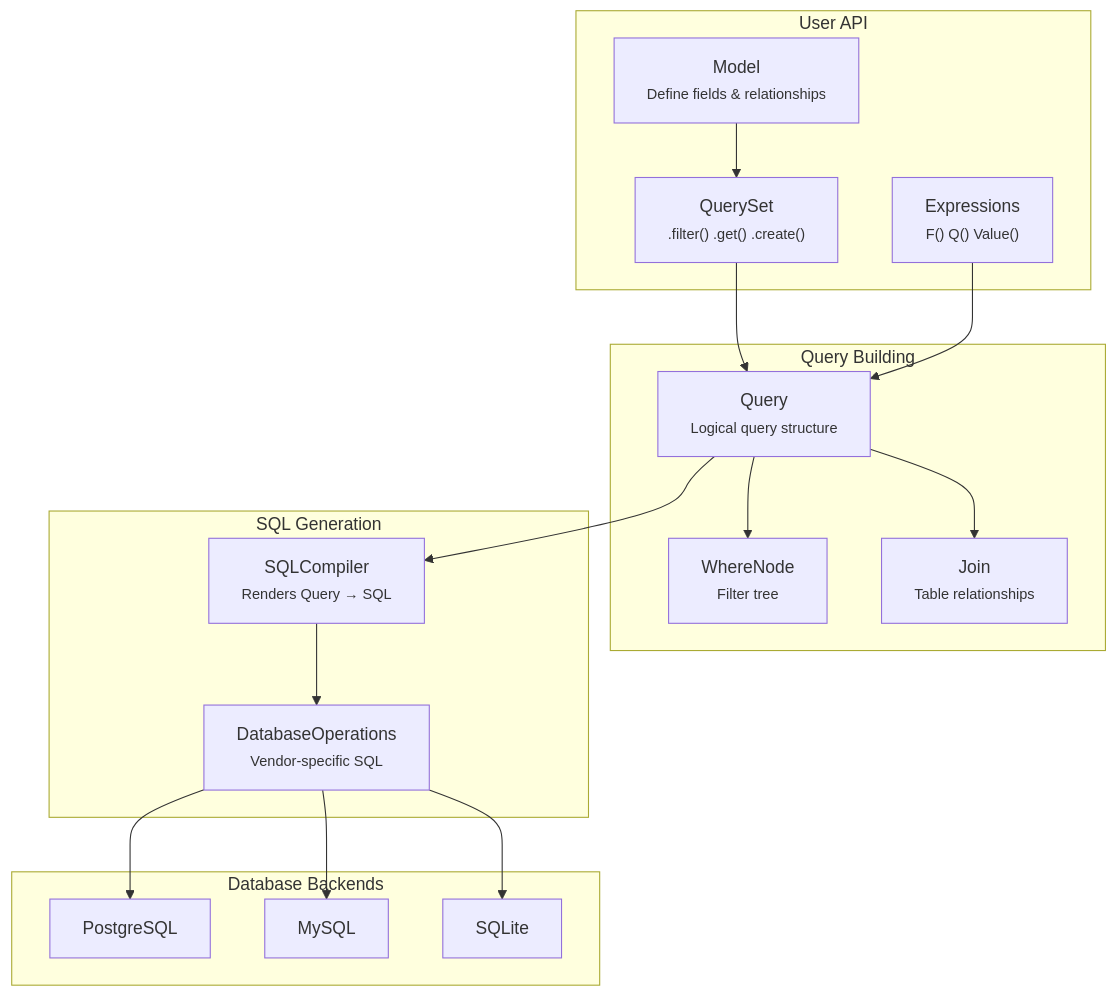
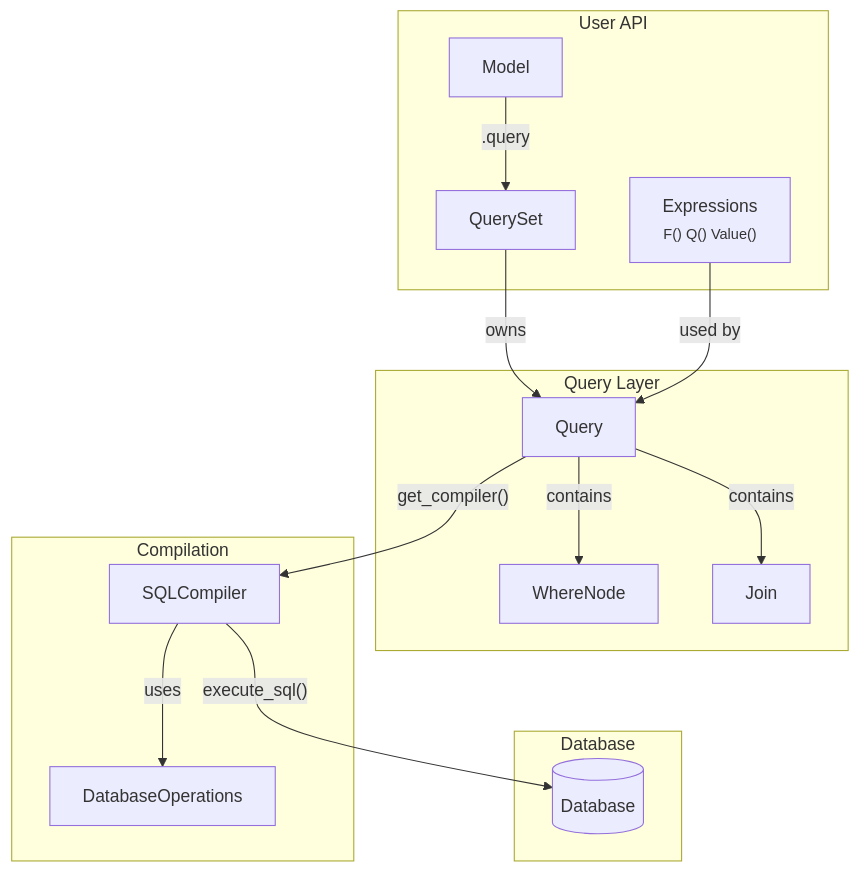
One commit to dropseed/plain changed the diagram in plain-models/plain/models/README.md. Above: the diagram before and after it, drawn with Mermaid. The commit also changed other lines of this file, not shown here.

Commit message:
Update models architecture diagram with more detail

````diff
--- a/plain-models/plain/models/README.md
+++ b/plain-models/plain/models/README.md
@@ -503,36 +503,32 @@
 ```mermaid
 graph TB
     subgraph "User API"
-        Model["Model<br/><small>Define fields & relationships</small>"]
-        QS["QuerySet<br/><small>.filter() .get() .create()</small>"]
+        Model["Model"]
+        QS["QuerySet"]
         Expr["Expressions<br/><small>F() Q() Value()</small>"]
     end
 
-    subgraph "Query Building"
-        Query["Query<br/><small>Logical query structure</small>"]
-        Where["WhereNode<br/><small>Filter tree</small>"]
-        Join["Join<br/><small>Table relationships</small>"]
+    subgraph "Query Layer"
+        Query["Query"]
+        Where["WhereNode"]
+        Join["Join"]
     end
 
-    subgraph "SQL Generation"
-        Compiler["SQLCompiler<br/><small>Renders Query → SQL</small>"]
-        Ops["DatabaseOperations<br/><small>Vendor-specific SQL</small>"]
+    subgraph "Compilation"
+        Compiler["SQLCompiler"]
+        Ops["DatabaseOperations"]
     end
 
-    subgraph "Database Backends"
-        PG["PostgreSQL"]
-        MySQL["MySQL"]
-        SQLite["SQLite"]
+    subgraph "Database"
+        DB[(Database)]
     end
 
-    Model --> QS
-    QS --> Query
-    Expr --> Query
-    Query --> Where
-    Query --> Join
-    Query --> Compiler
-    Compiler --> Ops
-    Ops --> PG
-    Ops --> MySQL
-    Ops --> SQLite
+    Model -- ".query" --> QS
+    QS -- "owns" --> Query
+    Expr -- "used by" --> Query
+    Query -- "contains" --> Where
+    Query -- "contains" --> Join
+    Query -- "get_compiler()" --> Compiler
+    Compiler -- "uses" --> Ops
+    Compiler -- "execute_sql()" --> DB
 ```
````
